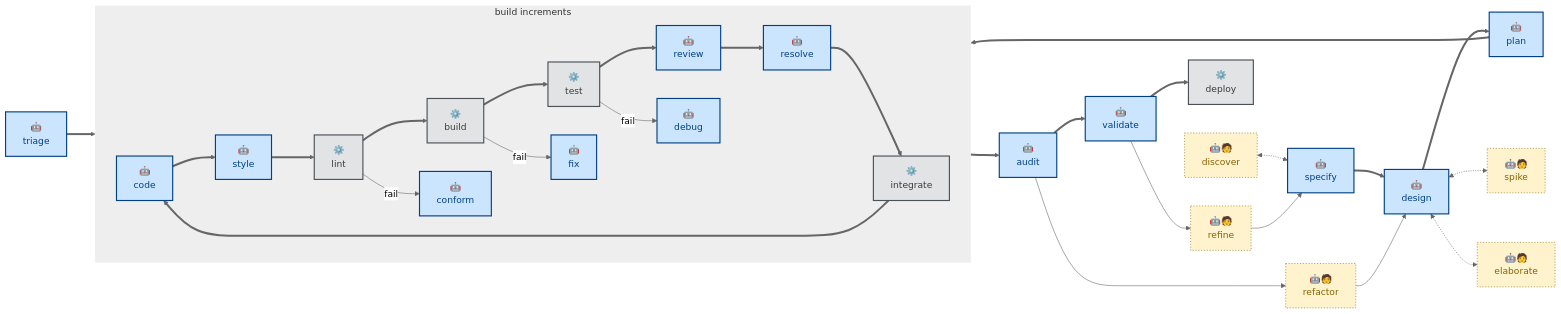
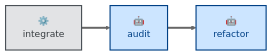
Before and after one commit to kieranpotts/skills: the diagram in skills/audit/README.md, drawn with Mermaid (neutral theme). The commit also changed other lines of this file, not shown here.

Commit message:
step: review audit readme

````diff
--- a/skills/audit/README.md
+++ b/skills/audit/README.md
@@ -42,73 +43,16 @@
 ```mermaid
 flowchart LR
   %% Node labels and classes.
-  discover["🤖🧑\ndiscover"]:::anthropic
-  specify["🤖\nspecify"]:::agentic
-  design["🤖\ndesign"]:::agentic
-  triage["🤖\ntriage"]:::agentic
-  plan["🤖\nplan"]:::agentic
-  code["🤖\ncode"]:::agentic
-  styleSkill["🤖\nstyle"]:::agentic
-  lint["⚙️\nlint"]:::scripted
-  review["🤖\nreview"]:::agentic
-  resolve["🤖\nresolve"]:::agentic
-  build["⚙️\nbuild"]:::scripted
-  test["⚙️\ntest"]:::scripted
   integrate["⚙️\nintegrate"]:::scripted
   audit["🤖\naudit"]:::agentic
-  validate["🤖\nvalidate"]:::agentic
-  deploy["⚙️\ndeploy"]:::scripted
-
-  conform["🤖\nconform"]:::agentic
-  fix["🤖\nfix"]:::agentic
-  debug["🤖\ndebug"]:::agentic
-
-  spike["🤖🧑\nspike"]:::anthropic
-  elaborate["🤖🧑\nelaborate"]:::anthropic
-  refactor["🤖🧑\nrefactor"]:::anthropic
-  refine["🤖🧑\nrefine"]:::anthropic
+  refactor["🤖\nrefactor"]:::agentic
 
   %% Main workflow sequence.
-  specify ==> design
-  design ==> plan
-  triage ==> code
-  plan ==> code
-  subgraph build_increments [build increments]
-    direction LR
-    code ==> styleSkill
-    styleSkill ==> lint
-    lint ==> build
-    build ==> test
-    test ==> review
-    review ==> resolve
-    resolve ==> integrate
-    integrate ==> code
-
-    %% Failures.
-    lint -- fail --> conform
-    build -- fail --> fix
-    test -- fail --> debug
-  end
   integrate ==> audit
-  audit ==> validate
-  validate ==> deploy
-
-  %% Callouts to helpers.
-  discover <-.-> specify
-  design <-.-> spike
-  design <-.-> elaborate
-
-  %% Feedback loops.
-  audit --> refactor
-  refactor --> design
-  validate --> refine
-  refine --> specify
+  audit ==> refactor
 
   %% Class definitions.
   classDef agentic fill:#cce5ff,stroke:#004085,color:#004085,stroke-width:2px
   classDef scripted fill:#e2e3e5,stroke:#4b5157,color:#383d41,stroke-width:2px
   classDef anthropic fill:#fff3cd,stroke:#856404,color:#856404,stroke-width:1px,stroke-dasharray:2 3
-
-  %% Subgraph (loop) border styling.
-  style build_increments fill:#EEEEEE,stroke-width:0px
 ```
````
